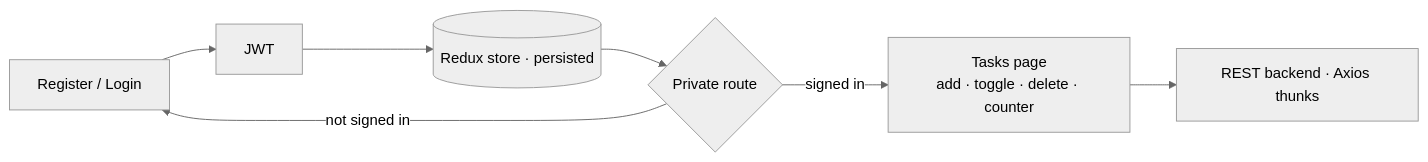
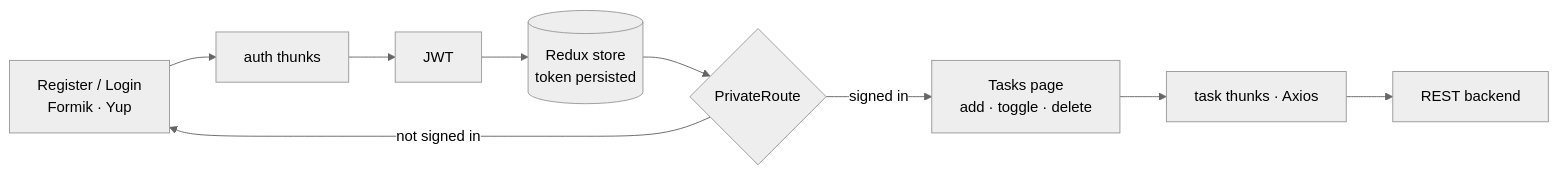
One commit to kutluhangil/Task_Planner changed the diagram in README.md. Above: the diagram before and after it, drawn with Mermaid (neutral theme). The commit also changed other lines of this file and 3 other files, not shown here.

````diff
--- a/README.md
+++ b/README.md
@@ -30,8 +36,9 @@
 ```mermaid
 flowchart LR
-  R[Register / Login] --> J[JWT] --> S[(Redux store · persisted)]
-  S --> PR{Private route}
-  PR -- signed in --> T[Tasks page<br/>add · toggle · delete · counter]
+  R[Register / Login<br/>Formik · Yup] --> TH[auth thunks] --> J[JWT]
+  J --> S[(Redux store<br/>token persisted)]
+  S --> PR{PrivateRoute}
+  PR -- signed in --> T[Tasks page<br/>add · toggle · delete]
   PR -- not signed in --> R
-  T --> API[REST backend · Axios thunks]
+  T --> TT[task thunks · Axios] --> API[REST backend]
 ```
````
